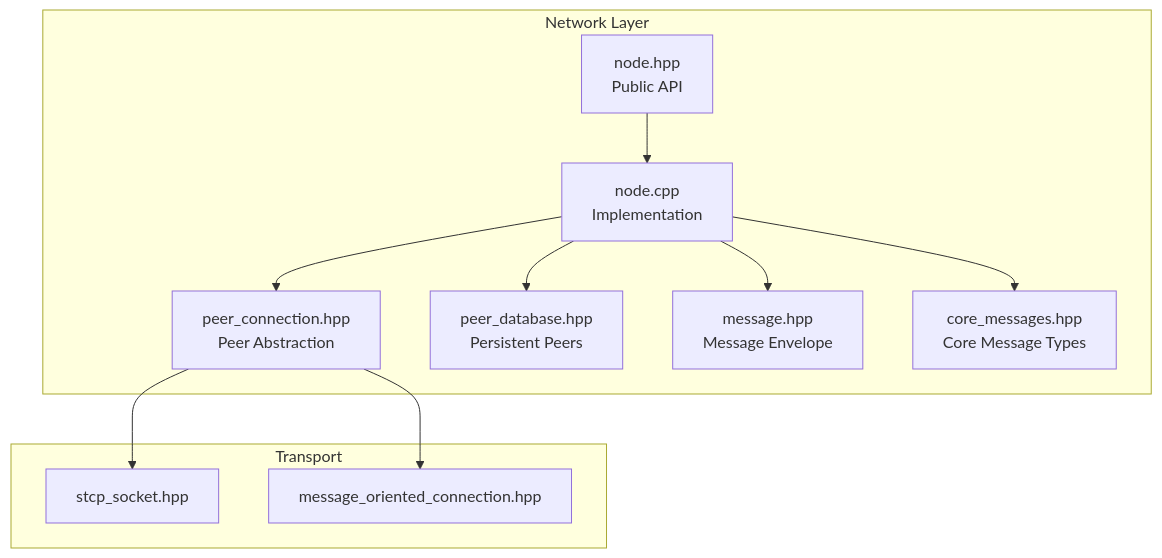
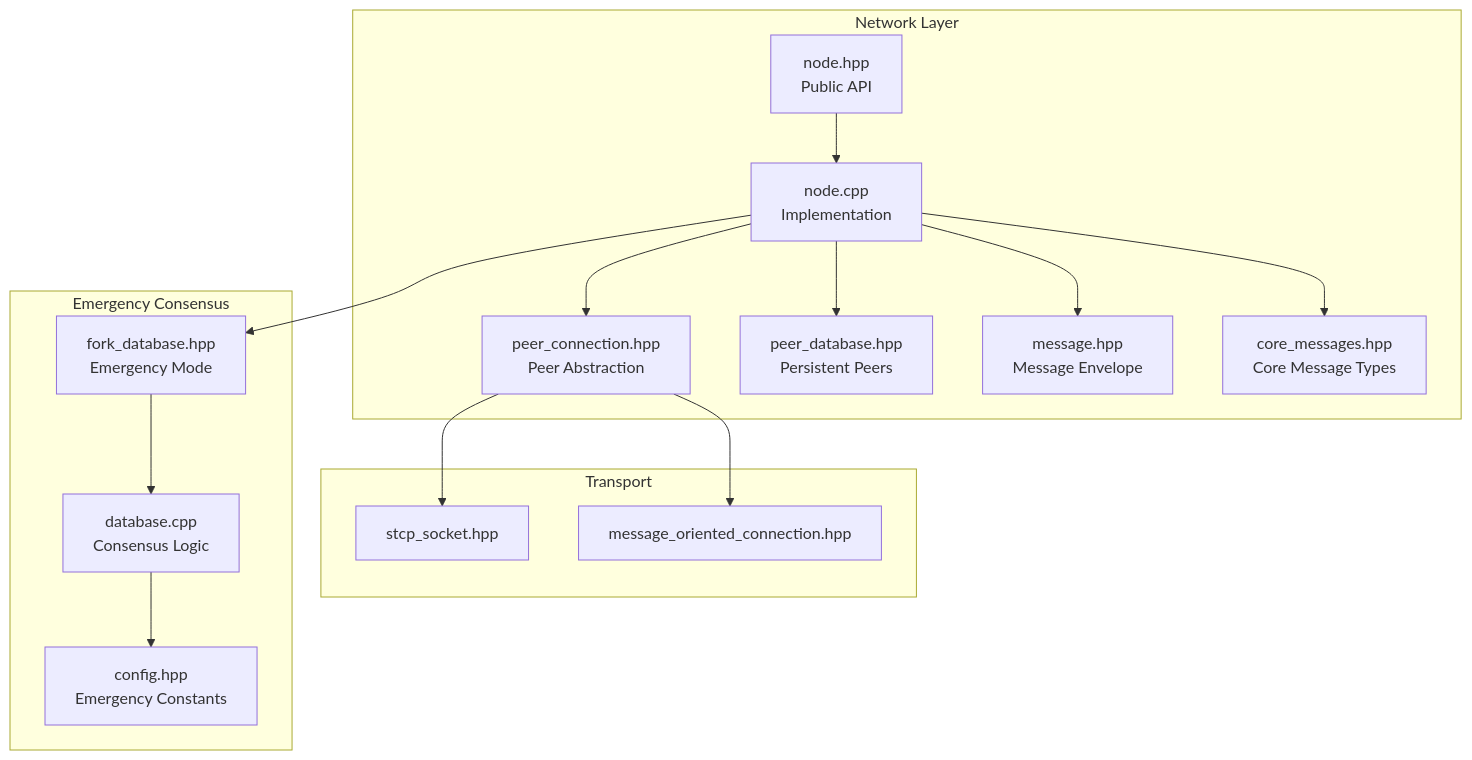
The first of 11 diagrams in .qoder/repowiki/en/content/Architecture Overview/Core Libraries/Network Library/Node Management.md (VIZ-Blockchain/viz-cpp-node), drawn with Mermaid before and after one commit. The commit also changed other lines of this file and 7 other files, not shown here.

First line of the commit message:
feat(database): implement emergency consensus and enhance memory management logging

````diff
--- a/.qoder/repowiki/en/content/Architecture Overview/Core Libraries/Network Library/Node Management.md
+++ b/.qoder/repowiki/en/content/Architecture Overview/Core Libraries/Network Library/Node Management.md
@@ -40,22 +53,30 @@
 ```mermaid
 graph TB
 subgraph "Network Layer"
 N["node.hpp<br/>Public API"]
 NI["node.cpp<br/>Implementation"]
 PC["peer_connection.hpp<br/>Peer Abstraction"]
 PD["peer_database.hpp<br/>Persistent Peers"]
 MSG["message.hpp<br/>Message Envelope"]
 CM["core_messages.hpp<br/>Core Message Types"]
 end
 subgraph "Transport"
 STCP["stcp_socket.hpp"]
 MOC["message_oriented_connection.hpp"]
 end
+subgraph "Emergency Consensus"
+FD["fork_database.hpp<br/>Emergency Mode"]
+DBC["database.cpp<br/>Consensus Logic"]
+CFG["config.hpp<br/>Emergency Constants"]
+end
 N --> NI
 NI --> PC
 NI --> PD
 NI --> MSG
 NI --> CM
 PC --> STCP
 PC --> MOC
+NI --> FD
+FD --> DBC
+DBC --> CFG
 ```
````
